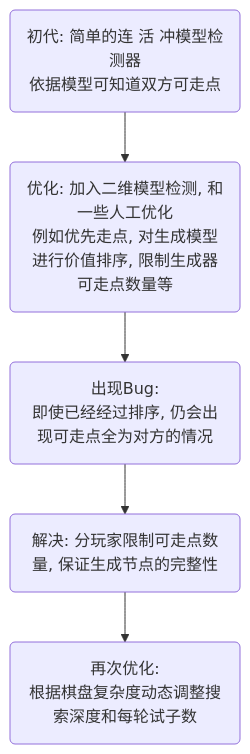
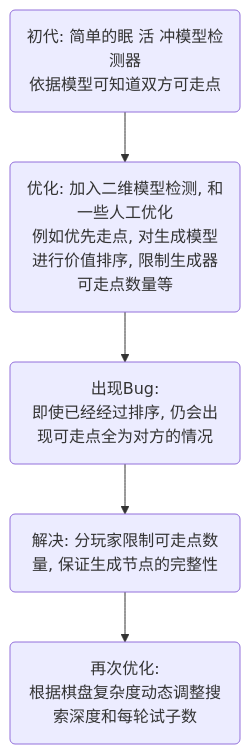
Before and after one commit to TwilightLemon/GobangCat: diagram 16 of 18 in Document/doc.md, drawn with Mermaid. The commit also changed other lines of this file and 4 other files, not shown here.

````diff
--- a/Document/doc.md
+++ b/Document/doc.md
@@ -188,6 +230,6 @@
 ```mermaid
 graph TD;
-    first(初代: 简单的连 活 冲模型检测器\n依据模型可知道双方可走点)-->second(优化: 加入二维模型检测, 和一些人工优化\n例如优先走点, 对生成模型进行价值排序, 限制生成器可走点数量等)
+    first(初代: 简单的眠 活 冲模型检测器\n依据模型可知道双方可走点)-->second(优化: 加入二维模型检测, 和一些人工优化\n例如优先走点, 对生成模型进行价值排序, 限制生成器可走点数量等)
     second-->prob(出现Bug:\n即使已经经过排序, 仍会出现可走点全为对方的情况)-->solve(解决: 分玩家限制可走点数量, 保证生成节点的完整性)
     solve-->two(再次优化:\n根据棋盘复杂度动态调整搜索深度和每轮试子数)
 ```
````
